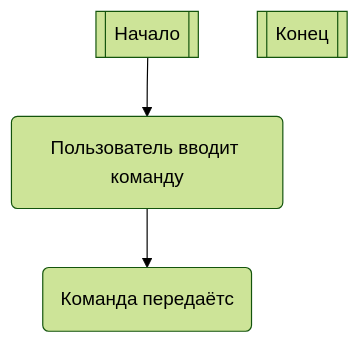
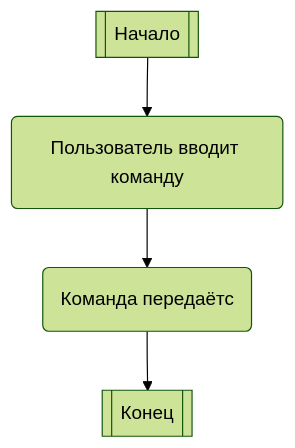
One commit to obsmotpk/iodraw-files changed the diagram in all/не называться-1.md. Above: the diagram before and after it, drawn with Mermaid (forest theme).

Commit message:
2025-02-17 21:45:57 update

````diff
--- a/all/не называться-1.md
+++ b/all/не называться-1.md
@@ -1,7 +1,7 @@
 ```mermaid
 flowchart TD
     id1[[Начало]] --> 
     id2(Пользователь вводит команду) -->
-    id3(Команда передаётс) 
-    id100[[Конец]]
+    id3(Команда передаётс) -->
+    id[[Конец]]
 ```
````
